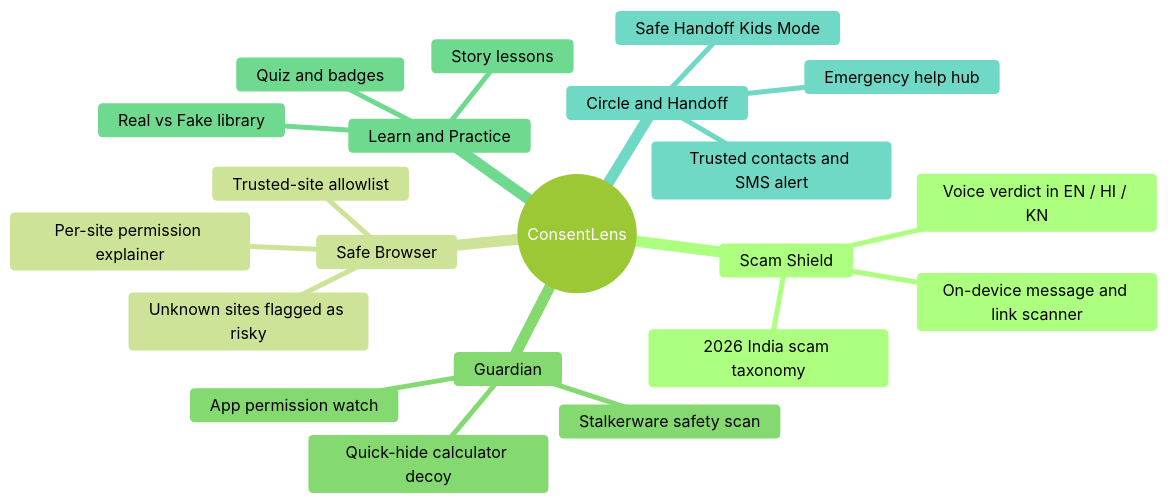
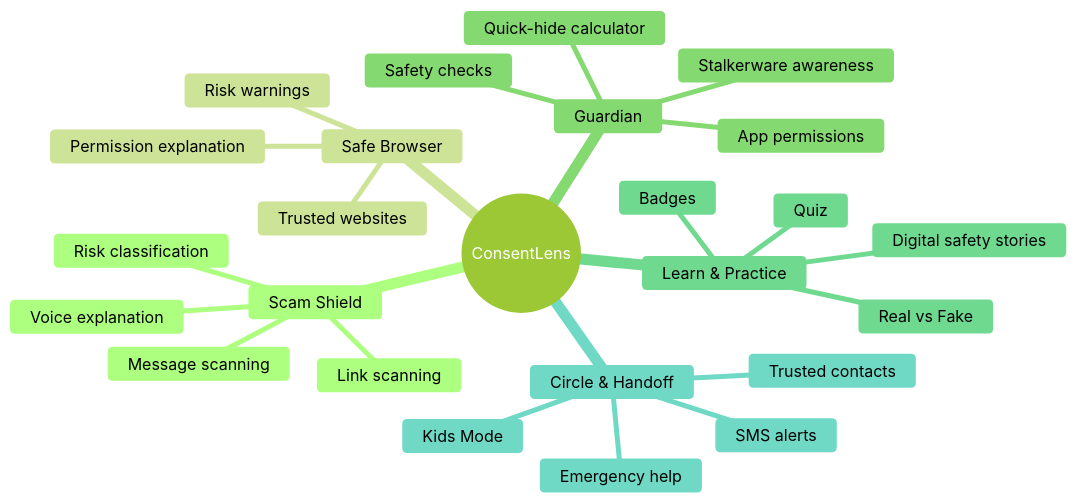
Before and after one commit to harsini2006/ConsentLensFinal: the first of 7 diagrams in README.md, drawn with Mermaid (forest theme). The commit also changed other lines of this file, not shown here.

````diff
--- a/README.md
+++ b/README.md
@@ -34,24 +66,28 @@
 ```mermaid
 mindmap
   root((ConsentLens))
     Scam Shield
-      On-device message and link scanner
-      2026 India scam taxonomy
-      Voice verdict in EN / HI / KN
+      Message scanning
+      Link scanning
+      Risk classification
+      Voice explanation
     Safe Browser
-      Trusted-site allowlist
-      Unknown sites flagged as risky
-      Per-site permission explainer
+      Trusted websites
+      Risk warnings
+      Permission explanation
     Guardian
-      App permission watch
-      Stalkerware safety scan
-      Quick-hide calculator decoy
-    Learn and Practice
-      Story lessons
-      Real vs Fake library
-      Quiz and badges
-    Circle and Handoff
-      Trusted contacts and SMS alert
-      Safe Handoff Kids Mode
-      Emergency help hub
+      App permissions
+      Safety checks
+      Stalkerware awareness
+      Quick-hide calculator
+    Learn & Practice
+      Digital safety stories
+      Real vs Fake
+      Quiz
+      Badges
+    Circle & Handoff
+      Trusted contacts
+      SMS alerts
+      Kids Mode
+      Emergency help
 ```
````
